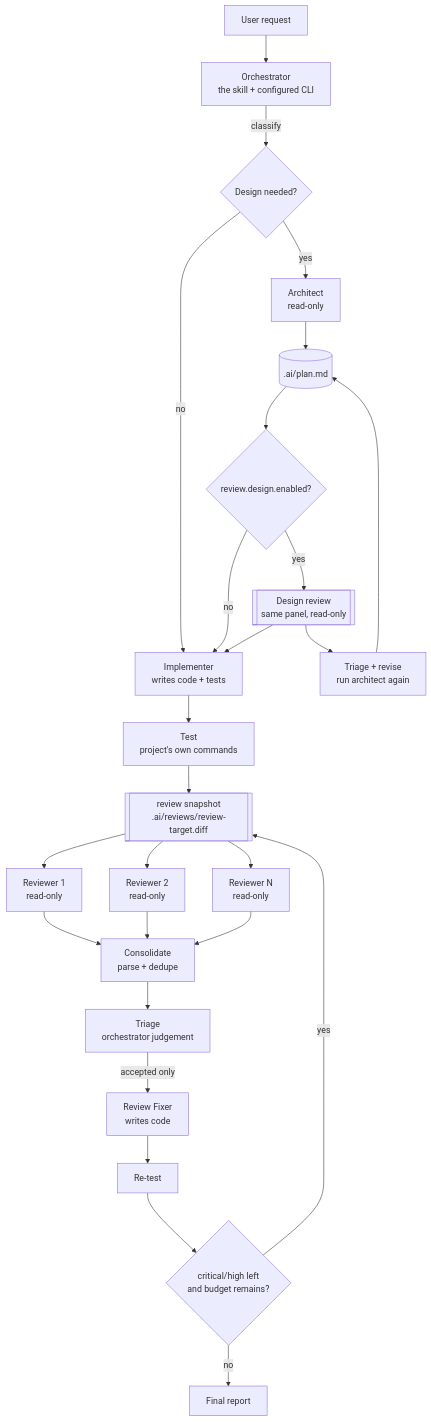
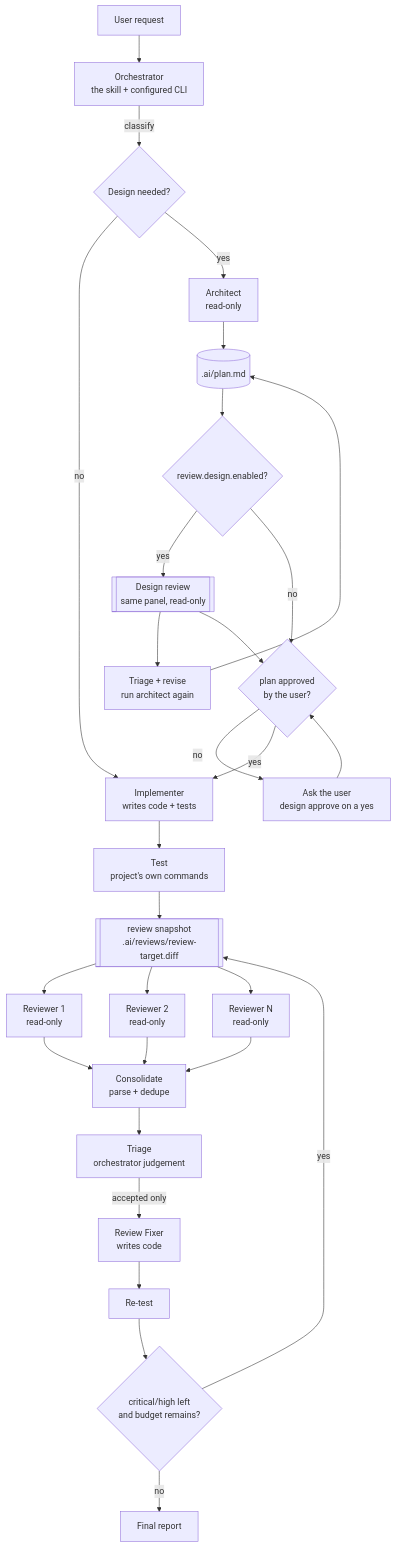
The diagram in references/architecture.md (istb16/dev-orchestra), drawn with Mermaid before and after one commit. The commit also changed 23 other files, not shown here.

First line of the commit message:
design: 実装の前に plan のユーザー承認を必須にする

````diff
--- a/references/architecture.md
+++ b/references/architecture.md
@@ -8,28 +8,31 @@
 ```mermaid
 flowchart TD
     U[User request] --> O[Orchestrator<br/>the skill + configured CLI]
     O -->|classify| D{Design needed?}
     D -->|no| I
     D -->|yes| A[Architect<br/>read-only]
     A --> P[(.ai/plan.md)]
     P --> DR{review.design.enabled?}
     DR -->|yes| DP[[Design review<br/>same panel, read-only]]
     DP --> DT[Triage + revise<br/>run architect again]
     DT --> P
-    DR -->|no| I[Implementer<br/>writes code + tests]
-    DP --> I
+    DR -->|no| AP{plan approved<br/>by the user?}
+    DP --> AP
+    AP -->|no| ASK[Ask the user<br/>design approve on a yes]
+    ASK --> AP
+    AP -->|yes| I[Implementer<br/>writes code + tests]
     I --> T[Test<br/>project's own commands]
     T --> S[[review snapshot<br/>.ai/reviews/review-target.diff]]
     S --> R1[Reviewer 1<br/>read-only]
     S --> R2[Reviewer 2<br/>read-only]
     S --> R3[Reviewer N<br/>read-only]
     R1 --> C[Consolidate<br/>parse + dedupe]
     R2 --> C
     R3 --> C
     C --> TR[Triage<br/>orchestrator judgement]
     TR -->|accepted only| F[Review Fixer<br/>writes code]
     F --> T2[Re-test]
     T2 --> Q{critical/high left<br/>and budget remains?}
     Q -->|yes| S
     Q -->|no| REP[Final report]
 ```
````
